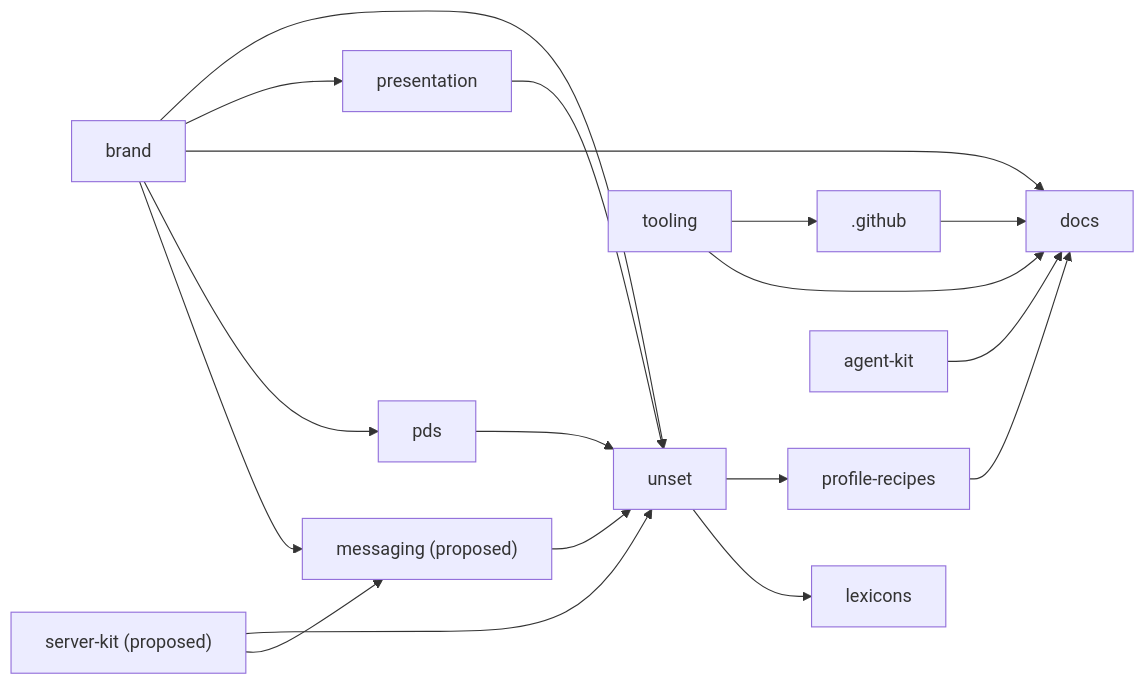
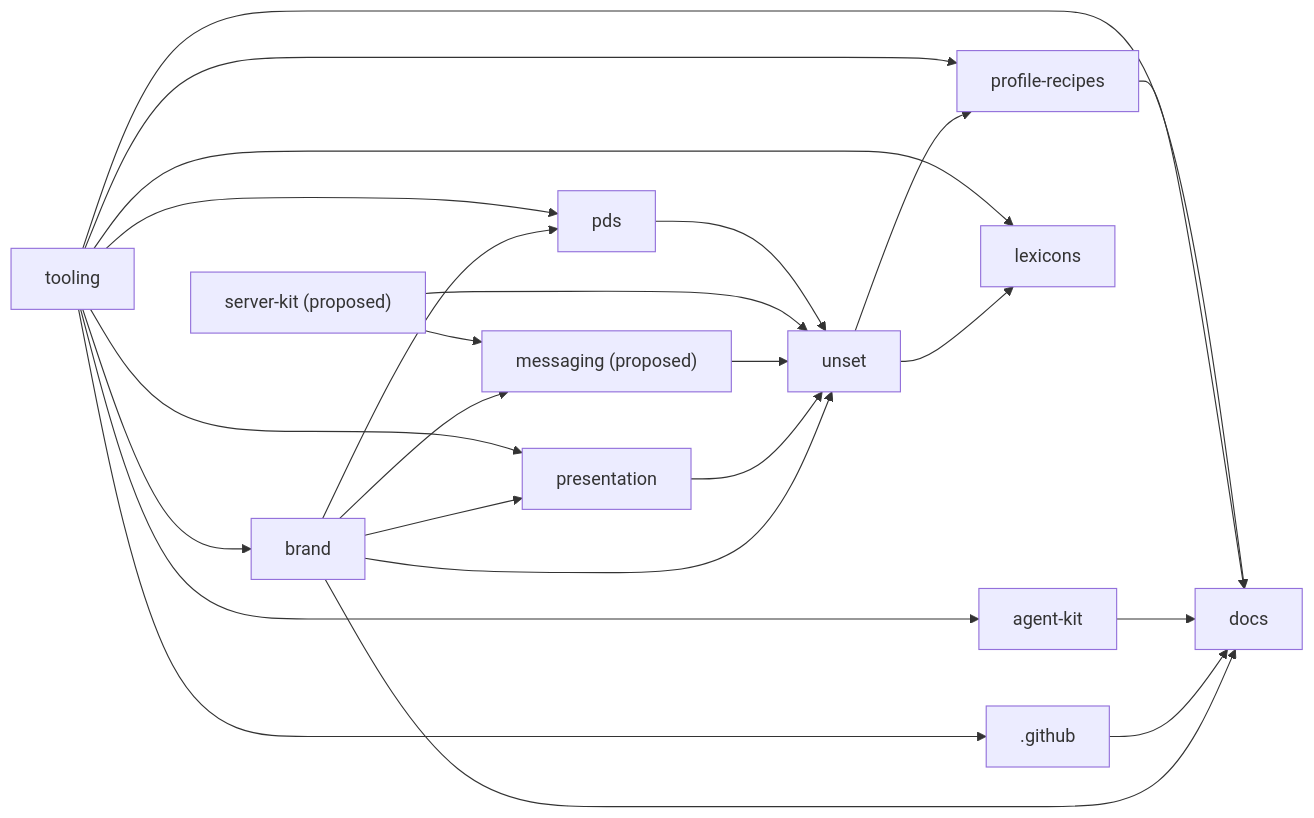
One commit to unset-sh/.github changed the diagram in MAP.md. Above: the diagram before and after it, drawn with Mermaid. The commit also changed other lines of this file and 5 other files, not shown here.

````diff
--- a/MAP.md
+++ b/MAP.md
@@ -32,32 +32,38 @@
 ```mermaid
 flowchart LR
   r_unset["unset"]
   r__github[".github"]
   r_tooling["tooling"]
   r_brand["brand"]
   r_presentation["presentation"]
   r_profile_recipes["profile-recipes"]
   r_docs["docs"]
   r_pds["pds"]
   r_lexicons["lexicons"]
   r_messaging["messaging (proposed)"]
   r_server_kit["server-kit (proposed)"]
   r_agent_kit["agent-kit"]
   r_brand --> r_unset
   r_presentation --> r_unset
   r_messaging --> r_unset
   r_server_kit --> r_unset
   r_pds --> r_unset
   r_tooling --> r__github
+  r_tooling --> r_brand
   r_brand --> r_presentation
+  r_tooling --> r_presentation
   r_unset --> r_profile_recipes
+  r_tooling --> r_profile_recipes
   r_brand --> r_docs
   r__github --> r_docs
   r_agent_kit --> r_docs
   r_profile_recipes --> r_docs
   r_tooling --> r_docs
   r_brand --> r_pds
+  r_tooling --> r_pds
   r_unset --> r_lexicons
+  r_tooling --> r_lexicons
   r_brand --> r_messaging
   r_server_kit --> r_messaging
+  r_tooling --> r_agent_kit
 ```
````
